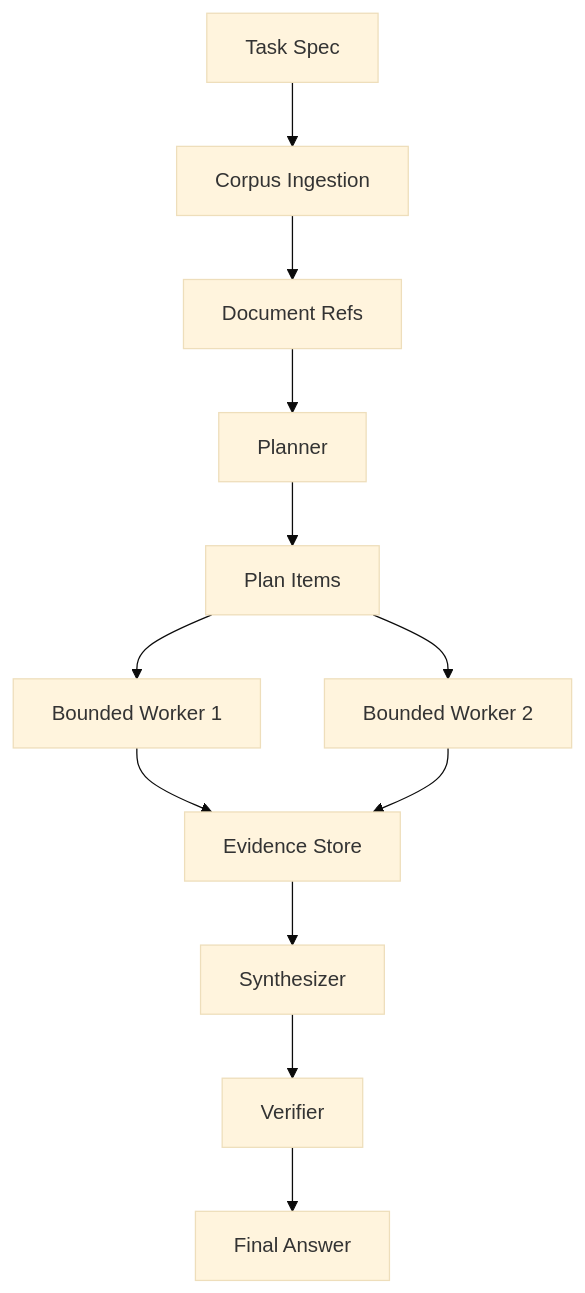
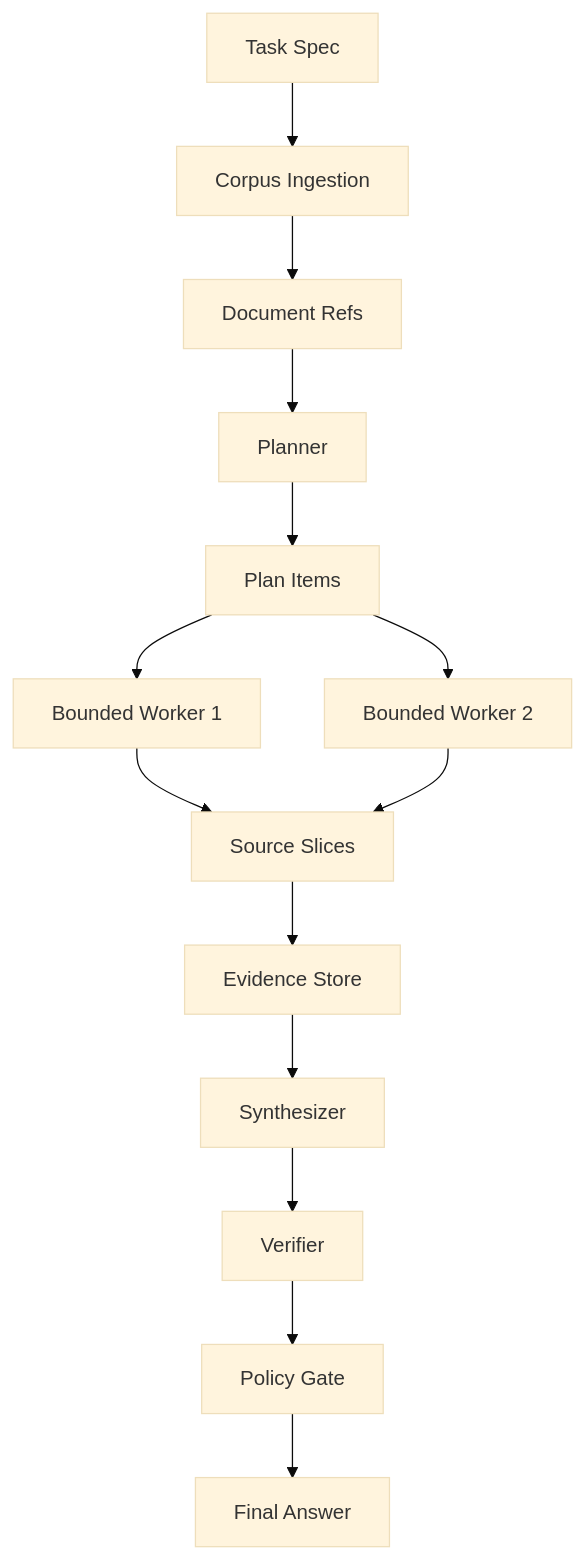
Before and after one commit to rmax-ai/recursive-execution-harness-lab: the diagram in README.md, drawn with Mermaid (base theme). The commit also changed other lines of this file and 33 other files, not shown here.

Commit message:
feat: add policy gate and fix site asset paths

````diff
--- a/README.md
+++ b/README.md
@@ -11,14 +11,16 @@
 ```mermaid
 flowchart TD
     A[Task Spec] --> B[Corpus Ingestion]
     B --> C[Document Refs]
     C --> D[Planner]
     D --> E[Plan Items]
     E --> F1[Bounded Worker 1]
     E --> F2[Bounded Worker 2]
-    F1 --> G[Evidence Store]
-    F2 --> G
+    F1 --> S[Source Slices]
+    F2 --> S
+    S --> G[Evidence Store]
     G --> H[Synthesizer]
     H --> I[Verifier]
-    I --> K[Final Answer]
+    I --> J[Policy Gate]
+    J --> K[Final Answer]
 ```
````
